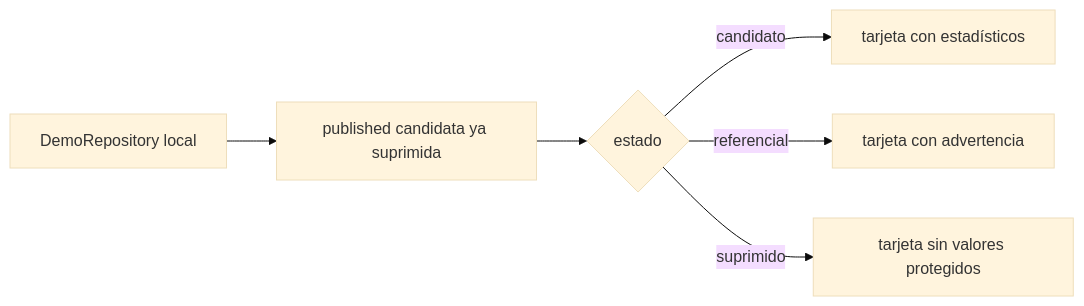
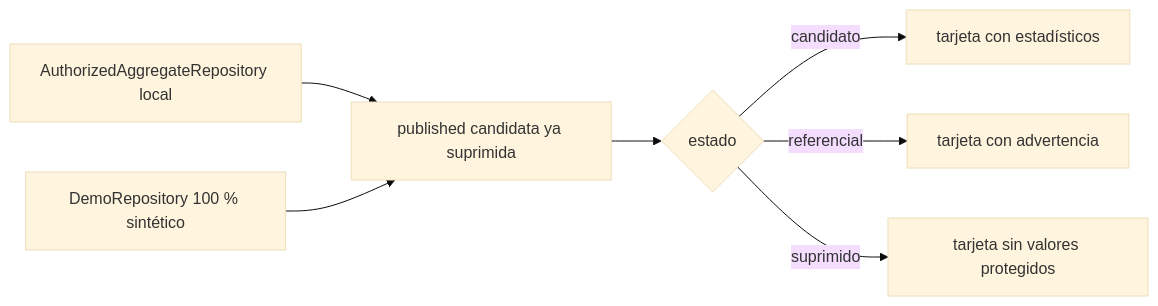
One commit to ascordero001-cell/enares-2024-crs04-ml changed the diagram in docs/stage04/local_32_wireframe.md. Above: the diagram before and after it, drawn with Mermaid (base theme). The commit also changed 16 other files, not shown here.

Commit message:
fix(stage04): separate authorized V0 aggregate from demo

````diff
--- a/docs/stage04/local_32_wireframe.md
+++ b/docs/stage04/local_32_wireframe.md
@@ -45,8 +45,9 @@
 ```mermaid
 flowchart LR
-    D[DemoRepository local] --> P[published candidata ya suprimida]
+    A[AuthorizedAggregateRepository local] --> P[published candidata ya suprimida]
+    D[DemoRepository 100 % sintético] --> P
     P --> S{estado}
     S -->|candidato| C[tarjeta con estadísticos]
     S -->|referencial| R[tarjeta con advertencia]
     S -->|suprimido| X[tarjeta sin valores protegidos]
 ```
````
